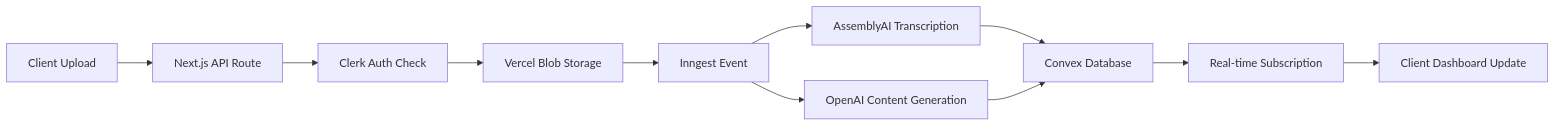
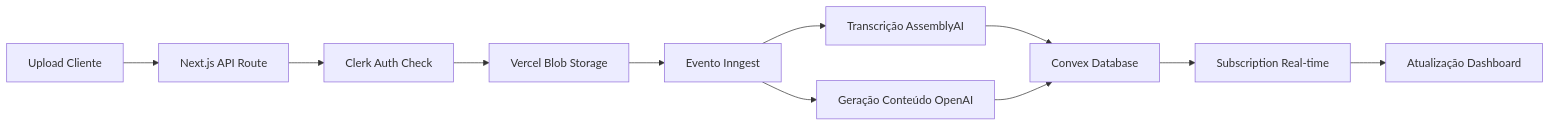
The third of 3 diagrams in README.md (cienciadosdados/podcast), drawn with Mermaid before and after one commit. The commit also changed other lines of this file, not shown here.

````diff
--- a/README.md
+++ b/README.md
@@ -223,13 +197,13 @@
 ```mermaid
 flowchart LR
-    A[Client Upload] --> B[Next.js API Route]
+    A[Upload Cliente] --> B[Next.js API Route]
     B --> C[Clerk Auth Check]
     C --> D[Vercel Blob Storage]
-    D --> E[Inngest Event]
-    E --> F[AssemblyAI Transcription]
-    E --> G[OpenAI Content Generation]
+    D --> E[Evento Inngest]
+    E --> F[Transcrição AssemblyAI]
+    E --> G[Geração Conteúdo OpenAI]
     F --> H[Convex Database]
     G --> H
-    H --> I[Real-time Subscription]
-    I --> J[Client Dashboard Update]
+    H --> I[Subscription Real-time]
+    I --> J[Atualização Dashboard]
 ```
````
